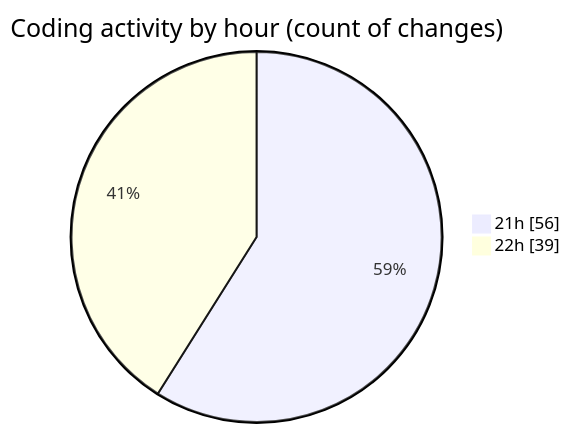
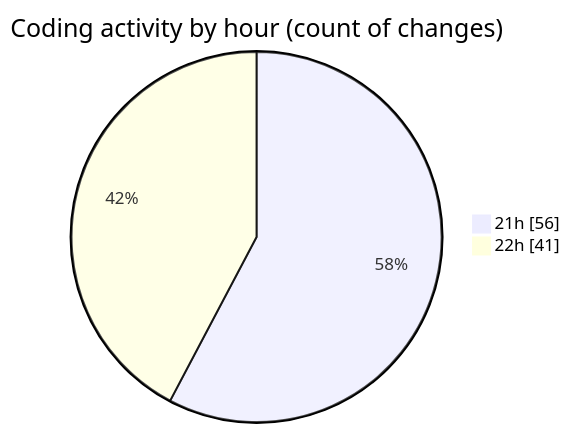
Before and after one commit to Netris89/code-tracking: the second of 2 diagrams in 2025-03-26/echo/README.md, drawn with Mermaid. The commit also changed other lines of this file and 1 other file, not shown here.

````diff
--- a/2025-03-26/echo/README.md
+++ b/2025-03-26/echo/README.md
@@ -34,6 +34,6 @@
 ```mermaid
 pie showData
 title Coding activity by hour (count of changes)
 "21h" : 56
-"22h" : 39
+"22h" : 41
 ```
````
